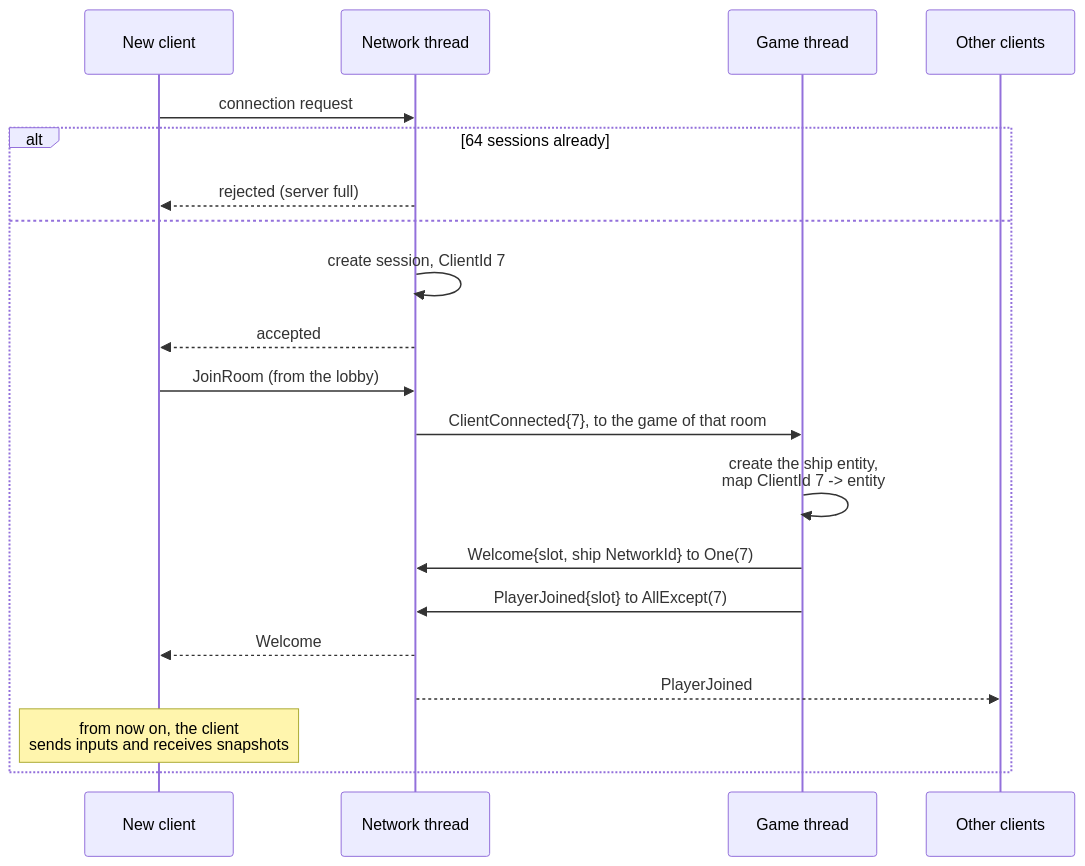
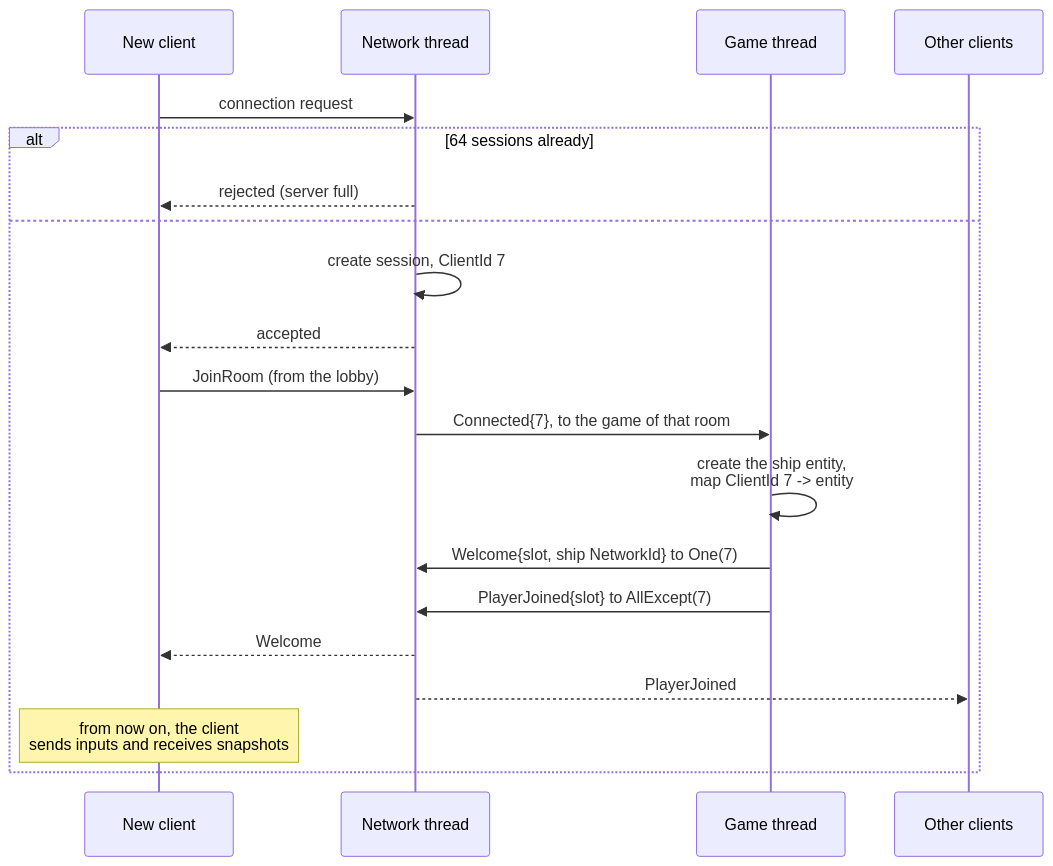
One commit to T3a1/RType-mirror changed the seventh of 7 diagrams in docs/ARCHITECTURE.md. Above: the diagram before and after it, drawn with Mermaid. The commit also changed other lines of this file and 6 other files, not shown here.

````diff
--- a/docs/ARCHITECTURE.md
+++ b/docs/ARCHITECTURE.md
@@ -697,23 +695,23 @@
 ```mermaid
 sequenceDiagram
     participant C as New client
     participant N as Network thread
     participant G as Game thread
     participant O as Other clients
 
     C->>N: connection request
     alt 64 sessions already
         N-->>C: rejected (server full)
     else
         N->>N: create session, ClientId 7
         N-->>C: accepted
         C->>N: JoinRoom (from the lobby)
-        N->>G: ClientConnected{7}, to the game of that room
+        N->>G: Connected{7}, to the game of that room
         G->>G: create the ship entity,<br/>map ClientId 7 -> entity
         G->>N: Welcome{slot, ship NetworkId} to One(7)
         G->>N: PlayerJoined{slot} to AllExcept(7)
         N-->>C: Welcome
         N-->>O: PlayerJoined
         Note over C: from now on, the client<br/>sends inputs and receives snapshots
     end
 ```
````
